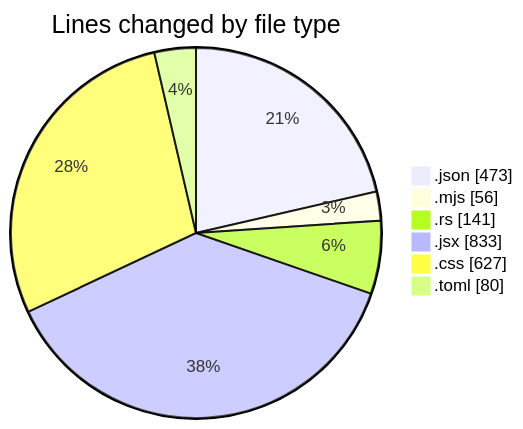
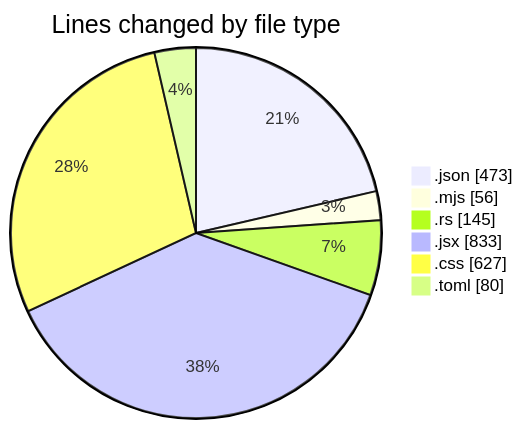
Before and after one commit to charlie-sans/code-tracking: the first of 2 diagrams in 2025-01-28/trollerboard/README.md, drawn with Mermaid. The commit also changed other lines of this file and 1 other file, not shown here.

````diff
--- a/2025-01-28/trollerboard/README.md
+++ b/2025-01-28/trollerboard/README.md
@@ -30,10 +30,10 @@
 ```mermaid
 pie showData
 title Lines changed by file type
 ".json" : 473
 ".mjs" : 56
-".rs" : 141
+".rs" : 145
 ".jsx" : 833
 ".css" : 627
 ".toml" : 80
 ```
````
